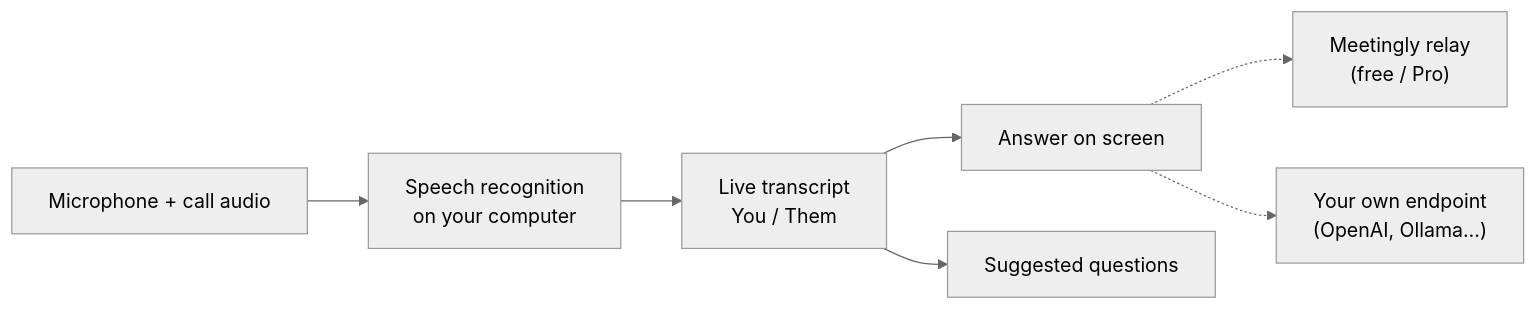
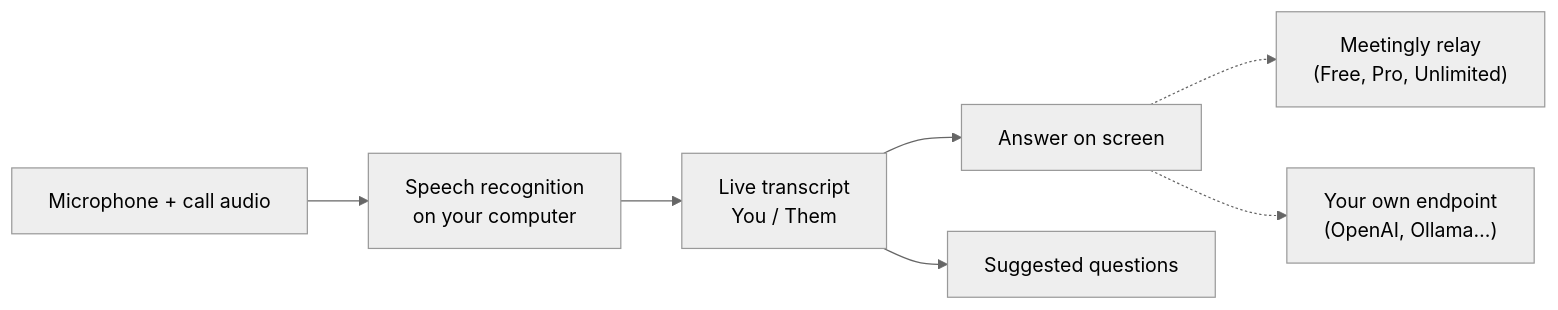
One commit to iskandaryv/meetingly-ai changed the diagram in README.md. Above: the diagram before and after it, drawn with Mermaid (neutral theme). The commit also changed other lines of this file, not shown here.

Commit message:
README: Free / Pro / Unlimited, own key in the tray menu, creator reward

````diff
--- a/README.md
+++ b/README.md
@@ -77,9 +89,9 @@
 ```mermaid
 flowchart LR
   A["Microphone + call audio"] --> B["Speech recognition<br/>on your computer"]
   B --> C["Live transcript<br/>You / Them"]
   C --> D["Answer on screen"]
   C --> E["Suggested questions"]
-  D -.-> F["Meetingly relay<br/>(free / Pro)"]
+  D -.-> F["Meetingly relay<br/>(Free, Pro, Unlimited)"]
   D -.-> G["Your own endpoint<br/>(OpenAI, Ollama…)"]
 ```
````
